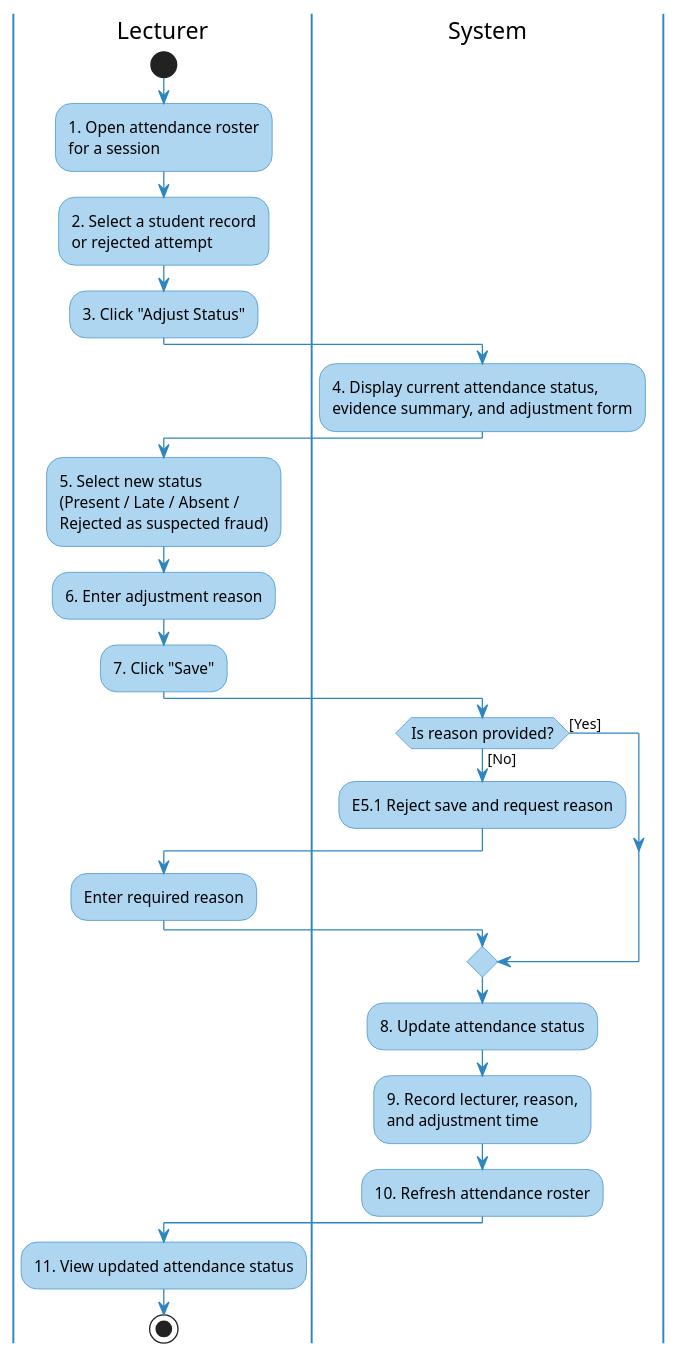
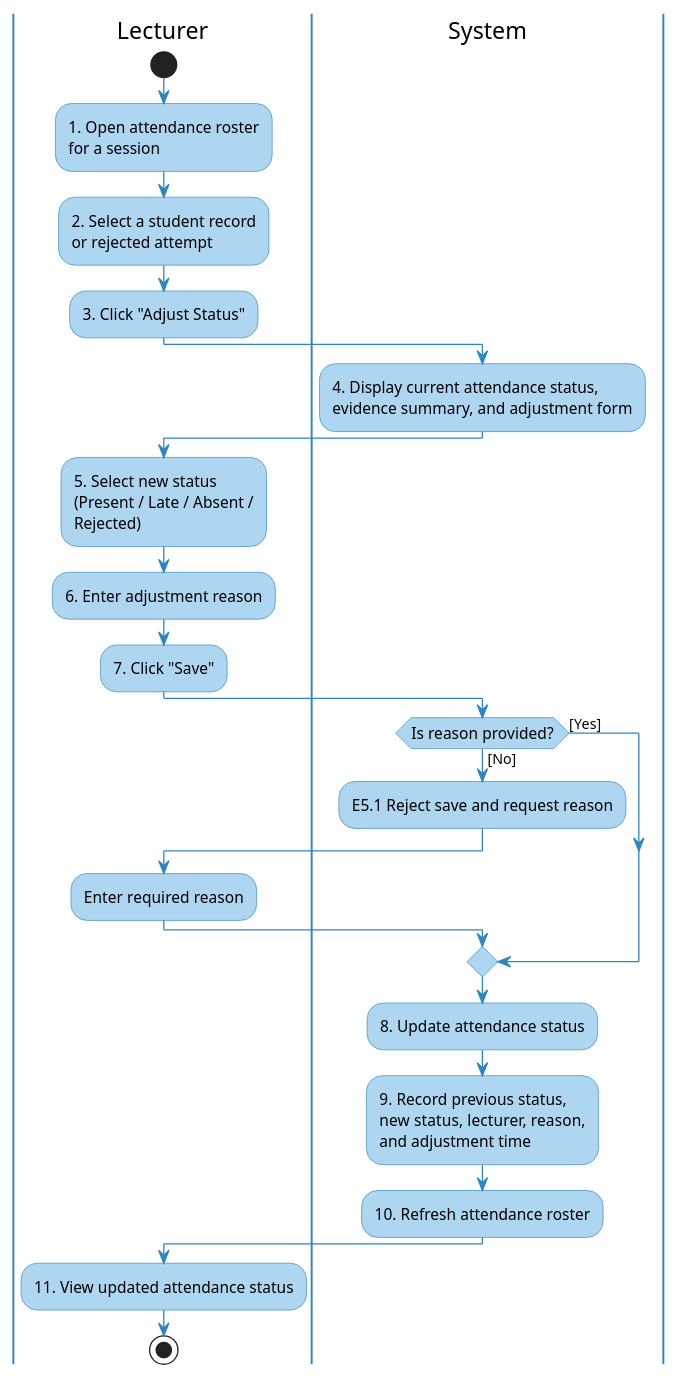
The sixth of 6 diagrams in MainDocs/1_Requirement.md (nttung42/SWD392), drawn with PlantUML before and after one commit. The commit also changed other lines of this file, not shown here.

````diff
--- a/MainDocs/1_Requirement.md
+++ b/MainDocs/1_Requirement.md
@@ -564,43 +611,43 @@
 ```plantuml
 @startuml UC07_Activity_Swimlane
 skinparam ActivityBackgroundColor #AED6F1
 skinparam ActivityBorderColor #2E86C1
 skinparam ActivityDiamondBackgroundColor #AED6F1
 skinparam ActivityDiamondBorderColor #2E86C1
 skinparam ArrowColor #2E86C1
 skinparam ActivityFontSize 12
 skinparam swimlaneBorderColor #2E86C1
 skinparam swimlaneHeaderFontStyle bold
 
 |Lecturer|
 start
 :1. Open attendance roster\nfor a session;
 :2. Select a student record\nor rejected attempt;
 :3. Click "Adjust Status";
 
 |System|
 :4. Display current attendance status,\nevidence summary, and adjustment form;
 
 |Lecturer|
-:5. Select new status\n(Present / Late / Absent /\nRejected as suspected fraud);
+:5. Select new status\n(Present / Late / Absent /\nRejected);
 :6. Enter adjustment reason;
 :7. Click "Save";
 
 |System|
 if (Is reason provided?) then ([No])
   :E5.1 Reject save and request reason;
   |Lecturer|
   :Enter required reason;
 else ([Yes])
 endif
 
 |System|
 :8. Update attendance status;
-:9. Record lecturer, reason,\nand adjustment time;
+:9. Record previous status,\nnew status, lecturer, reason,\nand adjustment time;
 :10. Refresh attendance roster;
 
 |Lecturer|
 :11. View updated attendance status;
 stop
 @enduml
 ```
````
